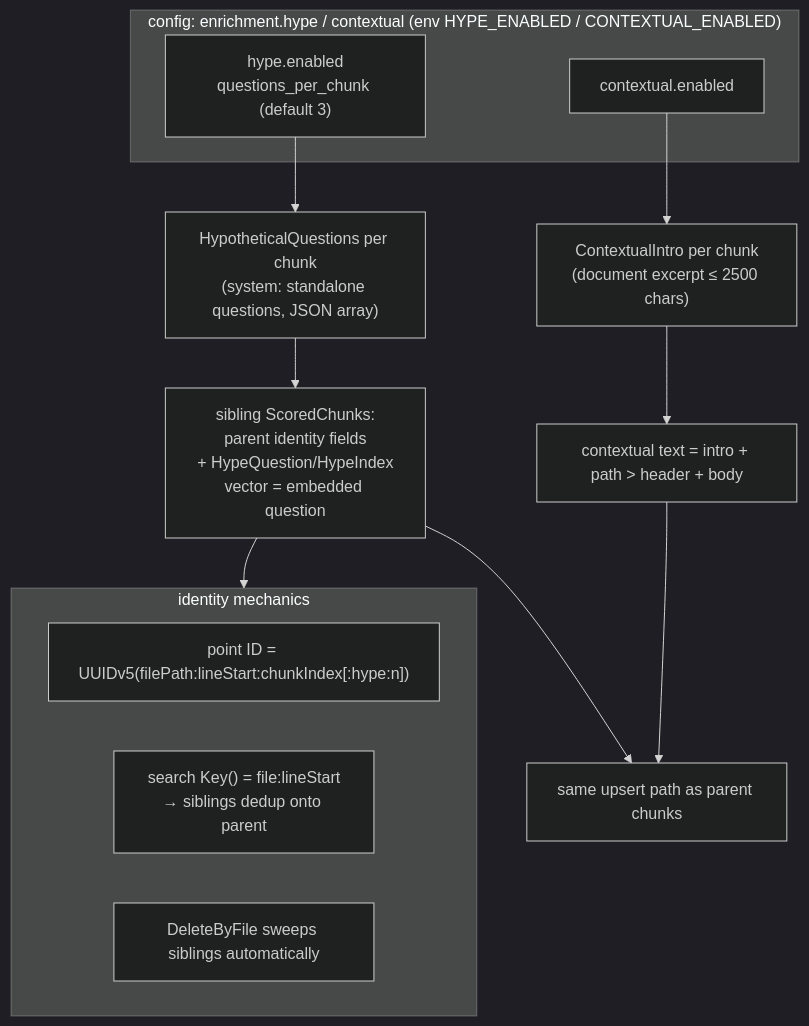
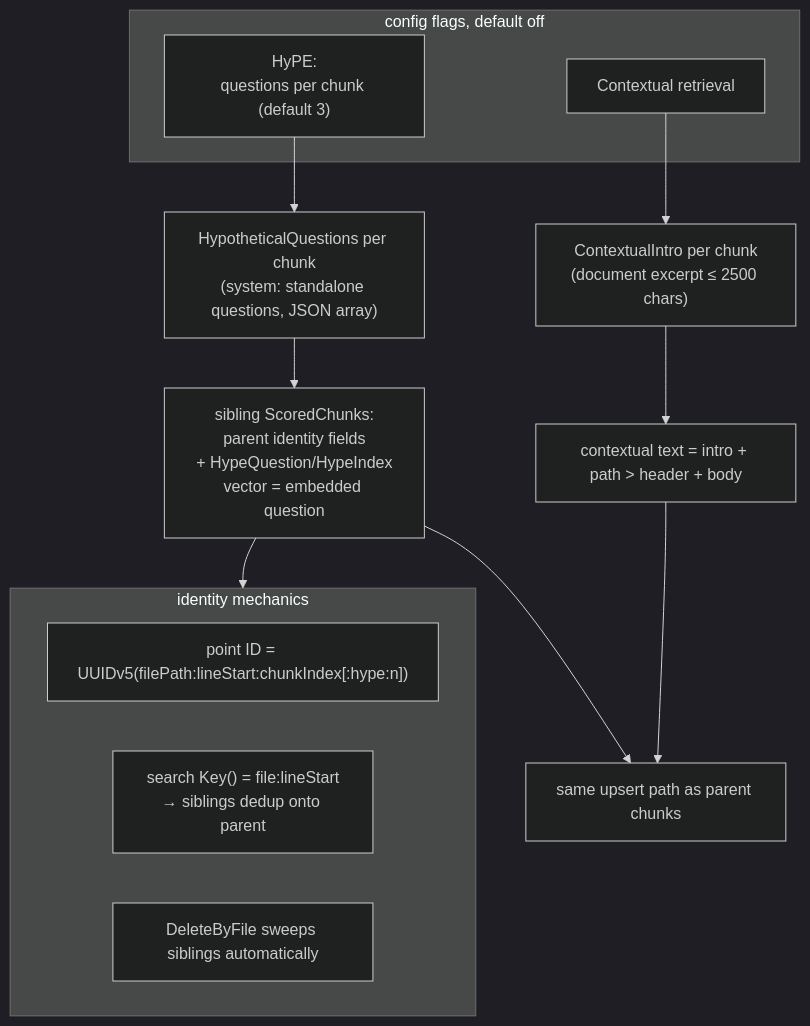
The ninth of 12 diagrams in blog/astro/src/content/docs/nadir.md (Chandra179/atlas), drawn with Mermaid (dark theme) before and after one commit. The commit also changed other lines of this file and 2 other files, not shown here.

````diff
--- a/blog/astro/src/content/docs/nadir.md
+++ b/blog/astro/src/content/docs/nadir.md
@@ -627,22 +591,22 @@
 ```mermaid
 flowchart TD
-    subgraph Flags["config: enrichment.hype / contextual (env HYPE_ENABLED / CONTEXTUAL_ENABLED)"]
-        H["hype.enabled<br/>questions_per_chunk (default 3)"]
-        CTX["contextual.enabled"]
+    subgraph Flags["config flags, default off"]
+        H["HyPE:<br/>questions per chunk (default 3)"]
+        CTX["Contextual retrieval"]
     end
 
     H --> HQ["HypotheticalQuestions per chunk<br/>(system: standalone questions, JSON array)"]
     HQ --> SIB["sibling ScoredChunks:<br/>parent identity fields<br/>+ HypeQuestion/HypeIndex<br/>vector = embedded question"]
     CTX --> CI["ContextualIntro per chunk<br/>(document excerpt ≤ 2500 chars)"]
     CI --> PFX["contextual text = intro + path > header + body"]
 
     SIB --> SAME["same upsert path as parent chunks"]
     PFX --> SAME
 
     subgraph Identity["identity mechanics"]
         ID["point ID = UUIDv5(filePath:lineStart:chunkIndex[:hype:n])"]
         KEY["search Key() = file:lineStart<br/>→ siblings dedup onto parent"]
         DEL["DeleteByFile sweeps siblings automatically"]
     end
     SIB --> Identity
 ```
````
